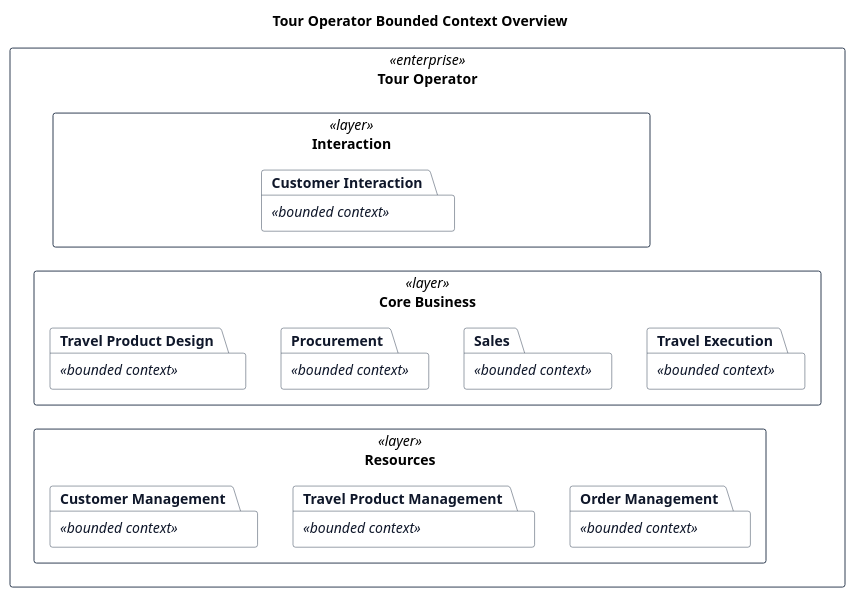
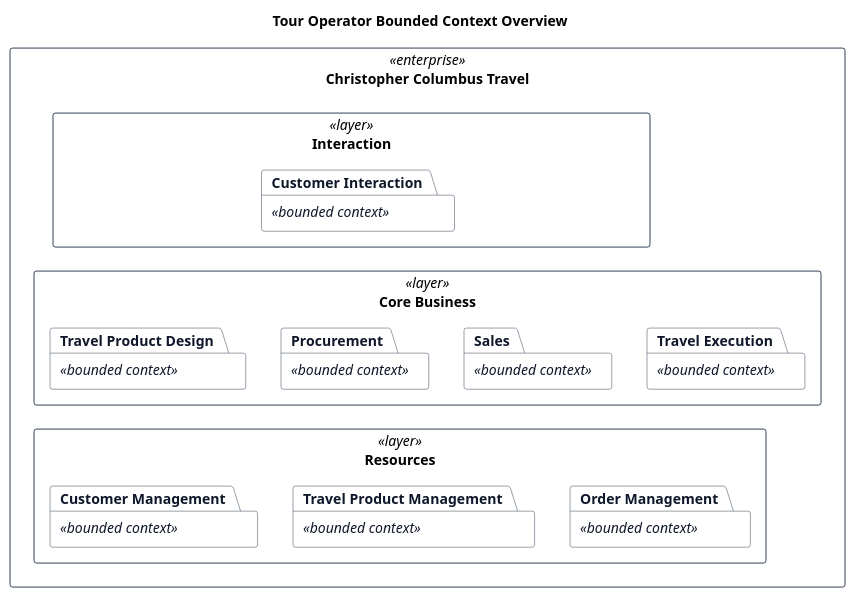
One commit to hochschule-darmstadt/a3se_app changed the diagram in docs/requirements/bounded-contexts/overview.puml. Above: the diagram before and after it, drawn with PlantUML. The commit also changed 3 other files, not shown here.

Commit message:
Name Christopher Columbus Travel

```diff
--- a/docs/requirements/bounded-contexts/overview.puml
+++ b/docs/requirements/bounded-contexts/overview.puml
@@ -1,51 +1,51 @@
 @startuml
 title Tour Operator Bounded Context Overview
 
 top to bottom direction
 skinparam shadowing false
 skinparam packageStyle rectangle
 skinparam package {
   BackgroundColor White
   BorderColor #334155
   FontColor #0F172A
 }
-package "Tour Operator" <<enterprise>> {
+package "Christopher Columbus Travel" <<enterprise>> {
   package "Interaction" <<layer>> {
     rectangle "<color:transparent>__________________________________________________________________________________________________</color>" as CustomerAccessLeft #transparent;line:transparent
     package "Customer Interaction" <<bounded context>>
     rectangle "<color:transparent>________________________________________________________________________________________________</color>" as CustomerAccessRight #transparent;line:transparent
 
     CustomerAccessLeft -[hidden]right- "Customer Interaction"
     "Customer Interaction" -[hidden]right- CustomerAccessRight
   }
 
   package "Core Business" <<layer>> {
     package "Travel Product Design" <<bounded context>>
     package "Procurement" <<bounded context>>
     package "Sales" <<bounded context>>
     package "Travel Execution" <<bounded context>>
 
     "Travel Product Design" -[hidden]right- "Procurement"
     "Procurement" -[hidden]right- "Sales"
     "Sales" -[hidden]right- "Travel Execution"
   }
 
   package "Resources" <<layer>> {
     package "Customer Management" <<bounded context>>
     package "Travel Product Management" <<bounded context>>
     package "Order Management" <<bounded context>>
 
     "Customer Management" -[hidden]right- "Travel Product Management"
     "Travel Product Management" -[hidden]right- "Order Management"
   }
 
   CustomerAccessLeft -[hidden]down- "Travel Product Design"
   "Customer Interaction" -[hidden]down- "Procurement"
   CustomerAccessRight -[hidden]down- "Travel Execution"
 
   "Travel Product Design" -[hidden]down- "Customer Management"
   "Procurement" -[hidden]down- "Travel Product Management"
   "Travel Execution" -[hidden]down- "Order Management"
 }
 
 @enduml
```
